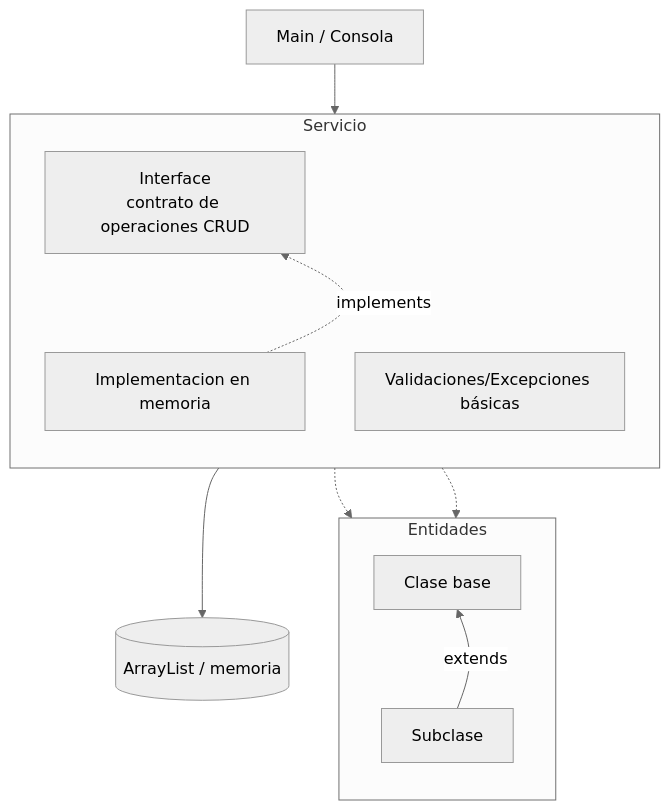
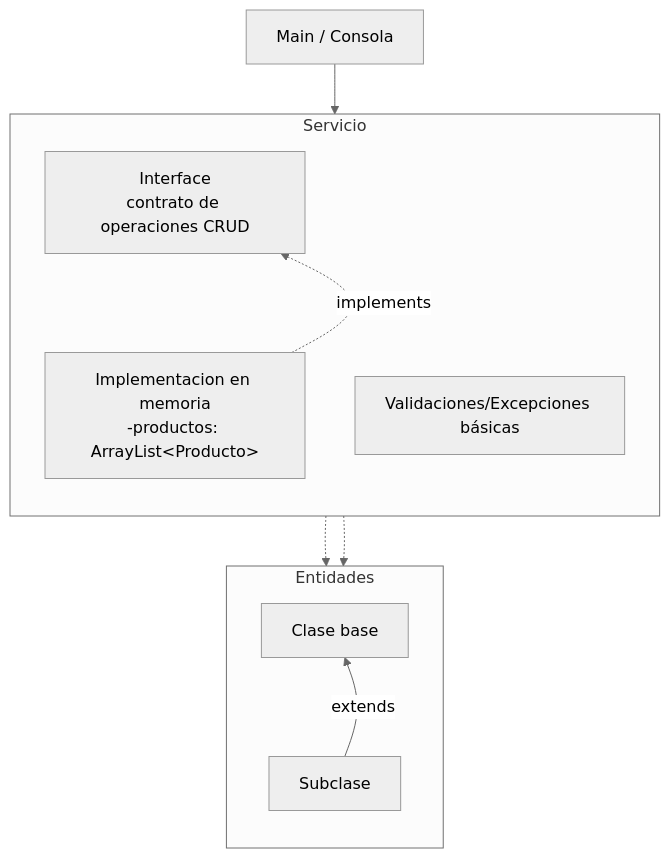
The first of 3 diagrams in docs/index.md (262poo/comarket), drawn with Mermaid (neutral theme) before and after one commit. The commit also changed other lines of this file and 3 other files, not shown here.

````diff
--- a/docs/index.md
+++ b/docs/index.md
@@ -70,28 +70,25 @@
 ```mermaid
 flowchart TB
     Main["Main / Consola"]
 
     subgraph ServiceU1["Servicio"]
         direction TB
         InterfaceU1["Interface<br/>contrato de operaciones CRUD"]
-        ImplementacionU1["Implementacion en memoria"]
+        ImplementacionU1["Implementacion en memoria<br/>-productos: ArrayList&lt;Producto&gt;"]
         ValidacionesU1["Validaciones/Excepciones básicas"]
     end
 
     subgraph EntitiesU1["Entidades"]
         direction TB
         ClaseBaseU1["Clase base"]
         SubclaseU1["Subclase"]
     end
 
-    MemoriaU1[("ArrayList / memoria")]
-
     Main --> InterfaceU1
     InterfaceU1 ~~~ ImplementacionU1
     ImplementacionU1 -. implements .-> InterfaceU1
     InterfaceU1 -.-> EntitiesU1
     ImplementacionU1 -.-> EntitiesU1
     ClaseBaseU1 ~~~ SubclaseU1
     SubclaseU1 -- extends --> ClaseBaseU1
-    ImplementacionU1 --> MemoriaU1
 ```
````
